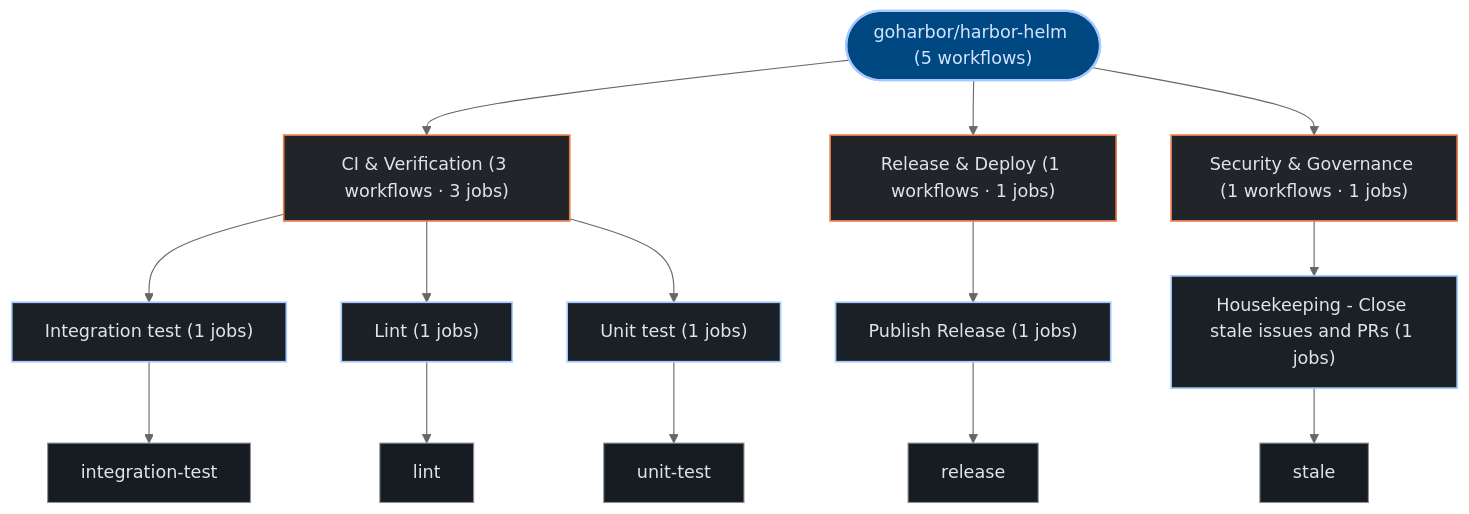
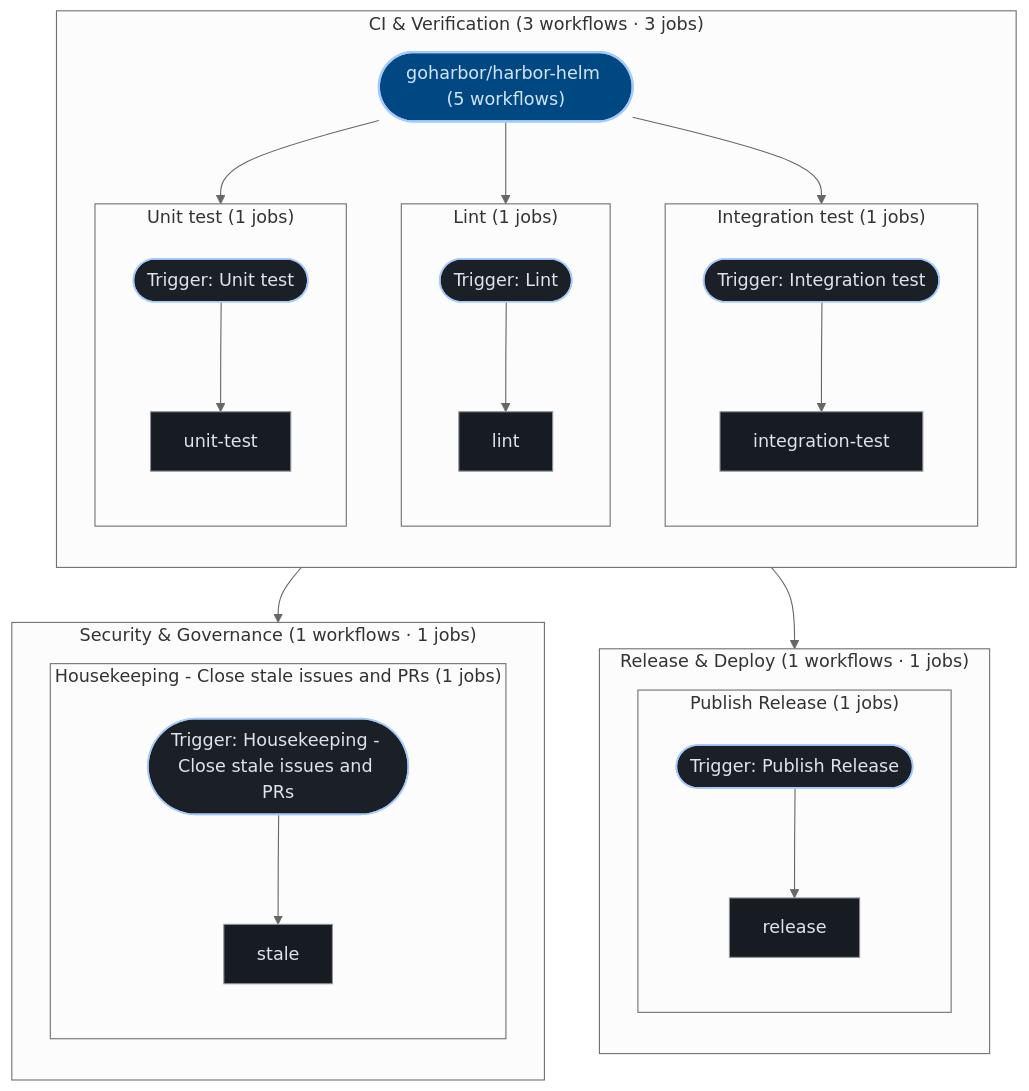
Before and after one commit to kumarshaz/atruss-code-atlas: the third of 3 diagrams in exports/latest/reports/goharbor-harbor-helm-report.md, drawn with Mermaid (neutral theme). The commit also changed 181 other files, not shown here.

````diff
--- a/exports/latest/reports/goharbor-harbor-helm-report.md
+++ b/exports/latest/reports/goharbor-harbor-helm-report.md
@@ -143,37 +143,55 @@
 ```mermaid
 graph TD;
   classDef atlasRoot fill:#004882,stroke:#a3c9ff,stroke-width:2px,color:#d3e4ff
   classDef atlasCategory fill:#212428,stroke:#E87A48,stroke-width:1.5px,color:#dfe3eb
   classDef atlasWorkflow fill:#1b2026,stroke:#a3c9ff,stroke-width:1.5px,color:#dfe3eb
   classDef atlasJob fill:#171c22,stroke:#8d9199,stroke-width:1px,color:#dfe3eb
   classDef atlasTarget fill:#005227,stroke:#8bd99b,stroke-width:1.5px,color:#a7f6b6
   classDef atlasAlert fill:#93000a,stroke:#ffb4ab,stroke-width:1.5px,color:#ffdad6
   classDef atlasMore fill:#252a31,stroke:#8d9199,stroke-dasharray:4 4,color:#c3c6cf
   pipeline_root(["goharbor/harbor-helm (5 workflows)"]):::atlasRoot
-  grp_0_CI___Verification["CI & Verification (3 workflows · 3 jobs)"]:::atlasCategory
-  pipeline_root --> grp_0_CI___Verification
-  wf_1_Integration_test["Integration test (1 jobs)"]:::atlasWorkflow
-  grp_0_CI___Verification --> wf_1_Integration_test
-  job_1_integration_test["integration-test"]:::atlasJob
-  wf_1_Integration_test --> job_1_integration_test
-  wf_2_Lint["Lint (1 jobs)"]:::atlasWorkflow
-  grp_0_CI___Verification --> wf_2_Lint
-  job_2_lint["lint"]:::atlasJob
-  wf_2_Lint --> job_2_lint
-  wf_4_Unit_test["Unit test (1 jobs)"]:::atlasWorkflow
-  grp_0_CI___Verification --> wf_4_Unit_test
-  job_4_unit_test["unit-test"]:::atlasJob
-  wf_4_Unit_test --> job_4_unit_test
-  grp_1_Release___Deploy["Release & Deploy (1 workflows · 1 jobs)"]:::atlasCategory
-  pipeline_root --> grp_1_Release___Deploy
-  wf_3_Publish_Release["Publish Release (1 jobs)"]:::atlasWorkflow
-  grp_1_Release___Deploy --> wf_3_Publish_Release
-  job_3_release["release"]:::atlasJob
-  wf_3_Publish_Release --> job_3_release
-  grp_2_Security___Governance["Security & Governance (1 workflows · 1 jobs)"]:::atlasCategory
-  pipeline_root --> grp_2_Security___Governance
-  wf_0_Housekeeping___Close_stale_issues_and_PRs["Housekeeping - Close stale issues and PRs (1 jobs)"]:::atlasWorkflow
-  grp_2_Security___Governance --> wf_0_Housekeeping___Close_stale_issues_and_PRs
-  job_0_stale["stale"]:::atlasJob
-  wf_0_Housekeeping___Close_stale_issues_and_PRs --> job_0_stale
+  subgraph sg_grp_0_CI___Verification["CI & Verification (3 workflows · 3 jobs)"]
+    direction TB
+    subgraph sg_wf_1_Integration_test["Integration test (1 jobs)"]
+      direction TB
+      wf_1_Integration_test(["Trigger: Integration test"]):::atlasWorkflow
+      job_1_integration_test["integration-test"]:::atlasJob
+      wf_1_Integration_test --> job_1_integration_test
+    end
+    pipeline_root --> wf_1_Integration_test
+    subgraph sg_wf_2_Lint["Lint (1 jobs)"]
+      direction TB
+      wf_2_Lint(["Trigger: Lint"]):::atlasWorkflow
+      job_2_lint["lint"]:::atlasJob
+      wf_2_Lint --> job_2_lint
+    end
+    pipeline_root --> wf_2_Lint
+    subgraph sg_wf_4_Unit_test["Unit test (1 jobs)"]
+      direction TB
+      wf_4_Unit_test(["Trigger: Unit test"]):::atlasWorkflow
+      job_4_unit_test["unit-test"]:::atlasJob
+      wf_4_Unit_test --> job_4_unit_test
+    end
+    pipeline_root --> wf_4_Unit_test
+  end
+  subgraph sg_grp_1_Release___Deploy["Release & Deploy (1 workflows · 1 jobs)"]
+    direction TB
+    subgraph sg_wf_3_Publish_Release["Publish Release (1 jobs)"]
+      direction TB
+      wf_3_Publish_Release(["Trigger: Publish Release"]):::atlasWorkflow
+      job_3_release["release"]:::atlasJob
+      wf_3_Publish_Release --> job_3_release
+    end
+    pipeline_root --> wf_3_Publish_Release
+  end
+  subgraph sg_grp_2_Security___Governance["Security & Governance (1 workflows · 1 jobs)"]
+    direction TB
+    subgraph sg_wf_0_Housekeeping___Close_stale_issues_and_PRs["Housekeeping - Close stale issues and PRs (1 jobs)"]
+      direction TB
+      wf_0_Housekeeping___Close_stale_issues_and_PRs(["Trigger: Housekeeping - Close stale issues and PRs"]):::atlasWorkflow
+      job_0_stale["stale"]:::atlasJob
+      wf_0_Housekeeping___Close_stale_issues_and_PRs --> job_0_stale
+    end
+    pipeline_root --> wf_0_Housekeeping___Close_stale_issues_and_PRs
+  end
 ```
````
